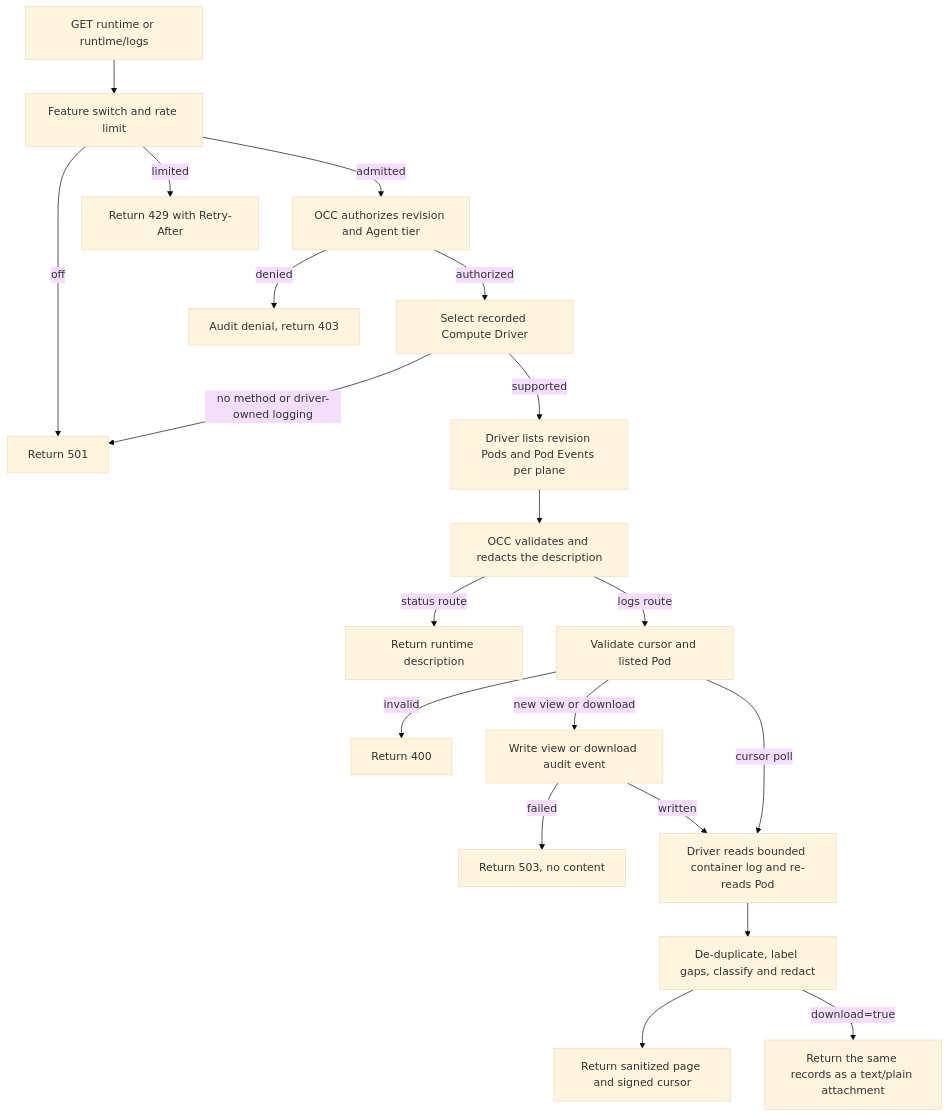
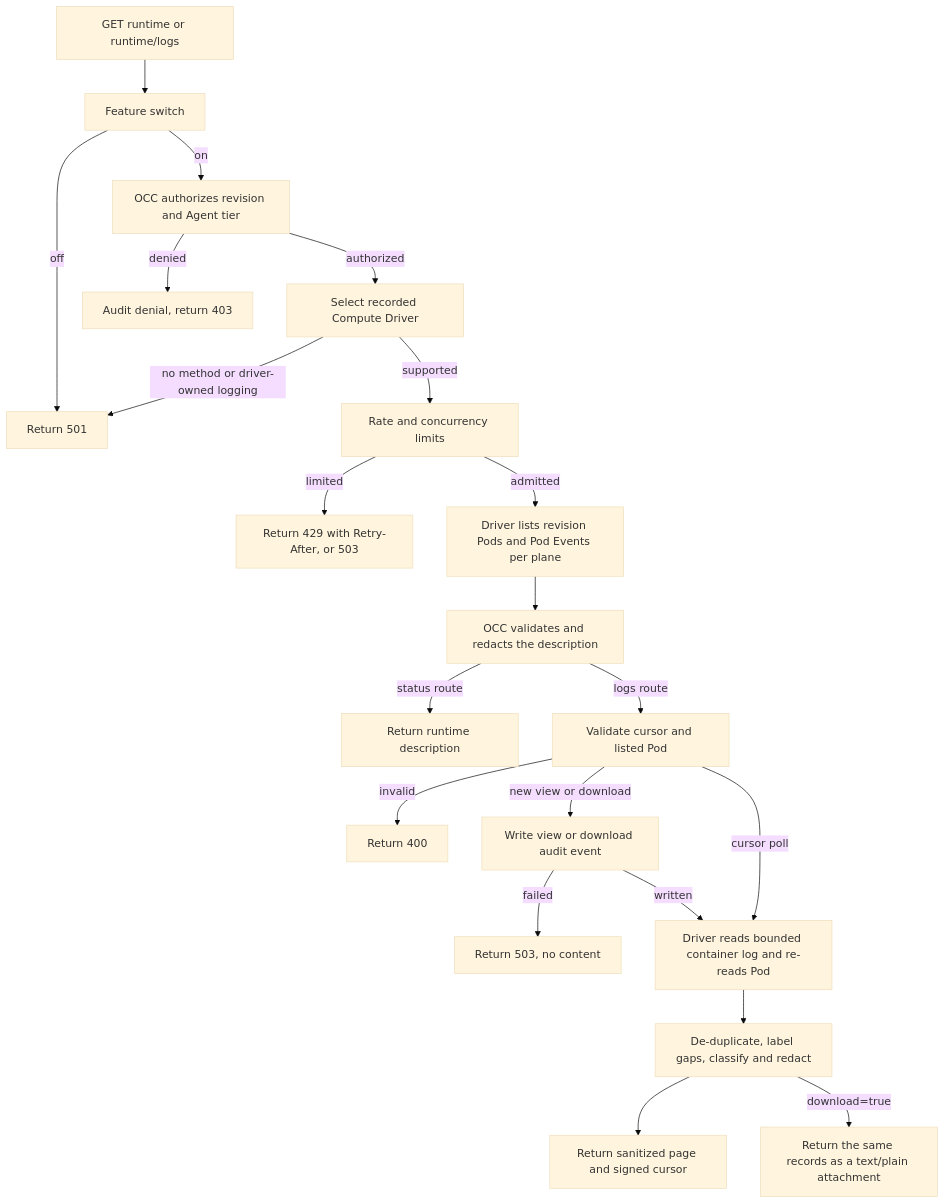
One commit to IsaiahStapleton/openclaw-enterprise changed the diagram in docs/flows/agent-runtime-logs.md. Above: the diagram before and after it, drawn with Mermaid (base theme). The commit also changed other lines of this file and 5 other files, not shown here.

First line of the commit message:
fix(logs): authorize runtime log reads before rate limiting them

````diff
--- a/docs/flows/agent-runtime-logs.md
+++ b/docs/flows/agent-runtime-logs.md
@@ -39,22 +39,23 @@
 ```mermaid
 graph TD
-  A["GET runtime or runtime/logs"] --> B["Feature switch and rate limit"]
+  A["GET runtime or runtime/logs"] --> B["Feature switch"]
   B -->|off| C["Return 501"]
-  B -->|limited| D["Return 429 with Retry-After"]
-  B -->|admitted| E["OCC authorizes revision and Agent tier"]
+  B -->|on| E["OCC authorizes revision and Agent tier"]
   E -->|denied| F["Audit denial, return 403"]
   E -->|authorized| G["Select recorded Compute Driver"]
   G -->|no method or driver-owned logging| C
-  G -->|supported| H["Driver lists revision Pods and Pod Events per plane"]
+  G -->|supported| S["Rate and concurrency limits"]
+  S -->|limited| D["Return 429 with Retry-After, or 503"]
+  S -->|admitted| H["Driver lists revision Pods and Pod Events per plane"]
   H --> I["OCC validates and redacts the description"]
   I -->|status route| J["Return runtime description"]
   I -->|logs route| K["Validate cursor and listed Pod"]
   K -->|invalid| L["Return 400"]
   K -->|new view or download| M["Write view or download audit event"]
   M -->|failed| N["Return 503, no content"]
   M -->|written| O["Driver reads bounded container log and re-reads Pod"]
   K -->|cursor poll| O
   O --> P["De-duplicate, label gaps, classify and redact"]
   P --> Q["Return sanitized page and signed cursor"]
   P -->|download=true| R["Return the same records as a text/plain attachment"]
 ```
````
